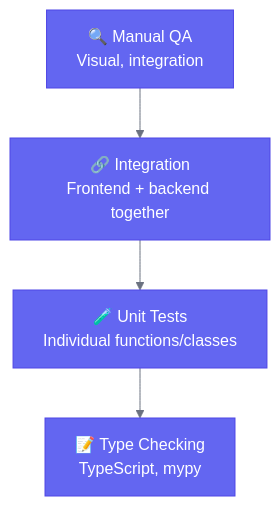
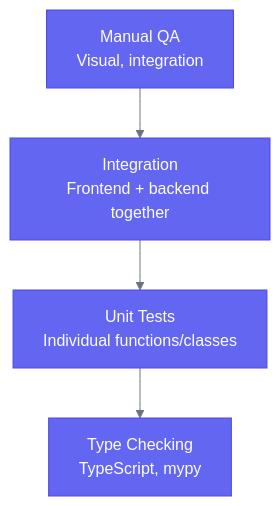
Before and after one commit to Sigilweaver/Loom: the diagram in docs/docs/developer/testing/philosophy.md, drawn with Mermaid. The commit also changed 23 other files, not shown here.

````diff
--- a/docs/docs/developer/testing/philosophy.md
+++ b/docs/docs/developer/testing/philosophy.md
@@ -85,7 +85,7 @@
 ```mermaid
 %%{init: {'theme': 'base', 'themeVariables': { 'primaryColor': '#6366f1', 'primaryTextColor': '#fff', 'primaryBorderColor': '#4f46e5', 'lineColor': '#6b7280', 'secondaryColor': '#8b5cf6', 'tertiaryColor': '#a78bfa'}}}%%
 flowchart TB
-    A["🔍 Manual QA<br/>Visual, integration"] --> B["🔗 Integration<br/>Frontend + backend together"]
-    B --> C["🧪 Unit Tests<br/>Individual functions/classes"]
-    C --> D["📝 Type Checking<br/>TypeScript, mypy"]
+    A["Manual QA<br/>Visual, integration"] --> B["Integration<br/>Frontend + backend together"]
+    B --> C["Unit Tests<br/>Individual functions/classes"]
+    C --> D["Type Checking<br/>TypeScript, mypy"]
 ```
````
